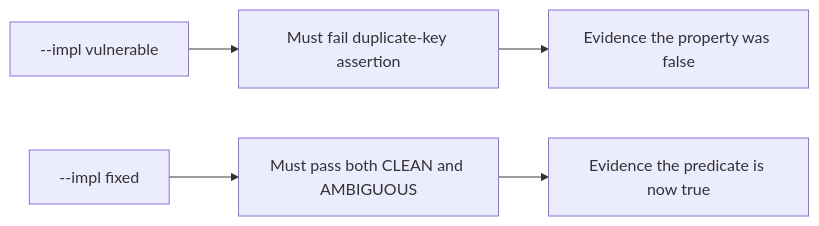
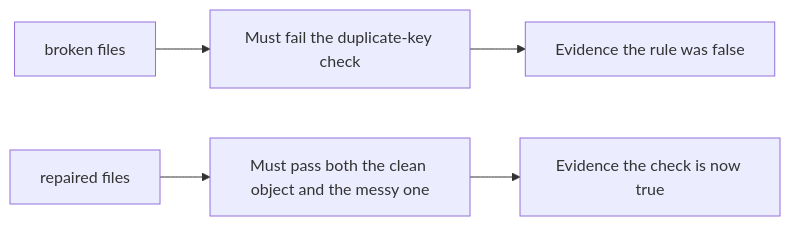
One commit to ishitvagoel/LearnSecurity changed the diagram in content/modules/2/2.1/lessons/05-verify.md. Above: the diagram before and after it, drawn with Mermaid. The commit also changed other lines of this file and 44 other files, not shown here.

````diff
--- a/content/modules/2/2.1/lessons/05-verify.md
+++ b/content/modules/2/2.1/lessons/05-verify.md
@@ -15,7 +14,7 @@
 ```mermaid
 flowchart LR
-  V["--impl vulnerable"] --> F[Must fail duplicate-key assertion]
-  X["--impl fixed"] --> P[Must pass both CLEAN and AMBIGUOUS]
-  F --> E[Evidence the property was false]
-  P --> E2[Evidence the predicate is now true]
+  V[broken files] --> F[Must fail the duplicate-key check]
+  X[repaired files] --> P[Must pass both the clean object and the messy one]
+  F --> E[Evidence the rule was false]
+  P --> E2[Evidence the check is now true]
 ```
````
